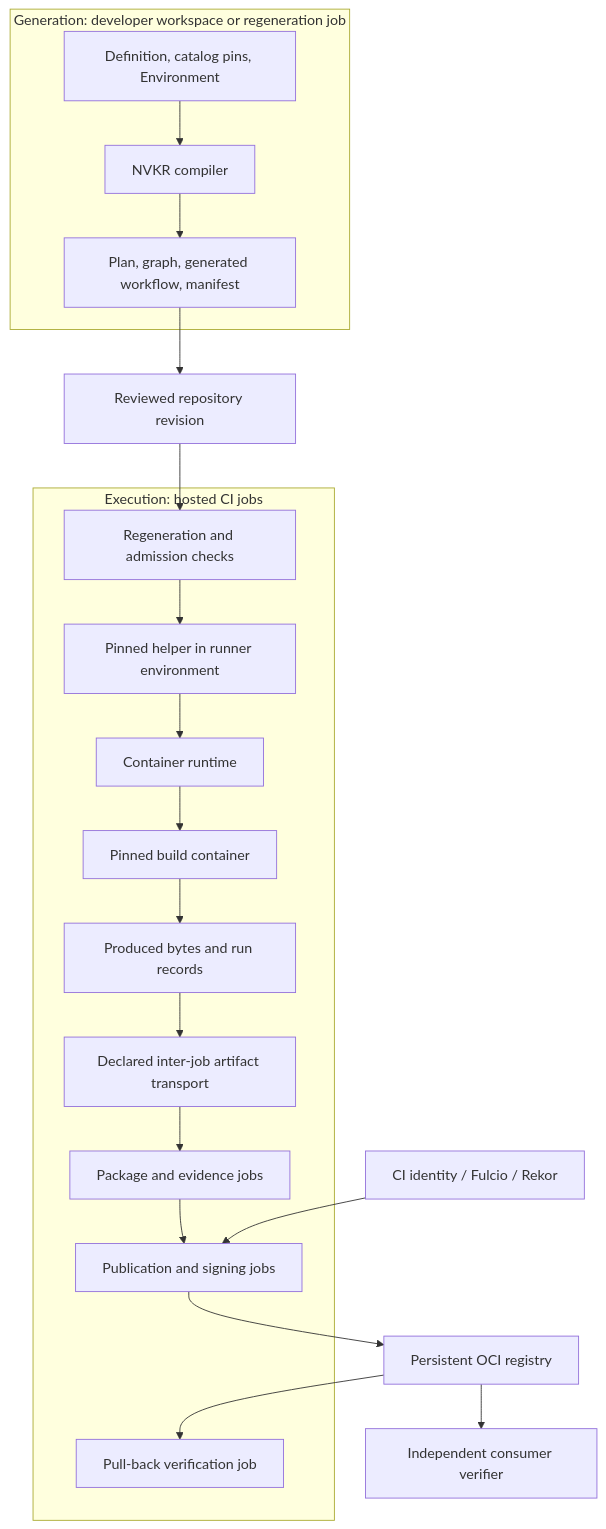
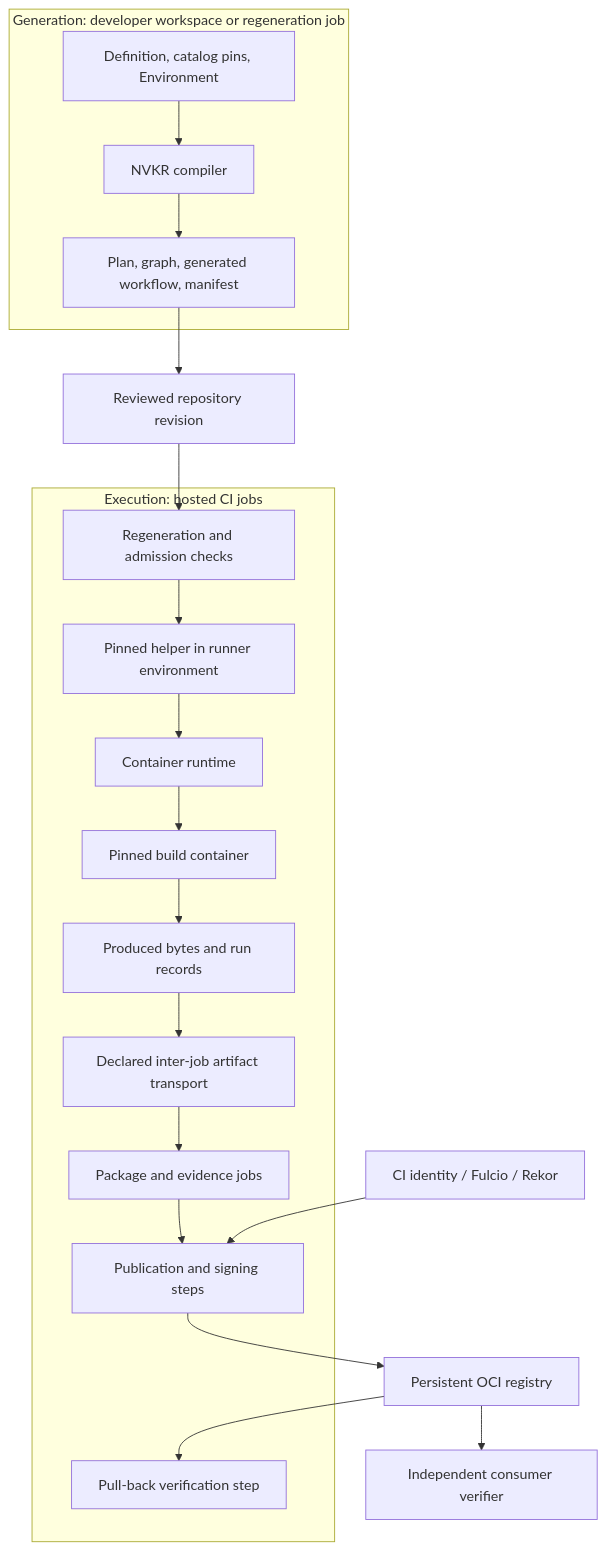
One commit to dsx-ai-factory/nvkr changed the second of 6 diagrams in docs/sadd.md. Above: the diagram before and after it, drawn with Mermaid. The commit also changed other lines of this file and 222 other files, not shown here.

````diff
--- a/docs/sadd.md
+++ b/docs/sadd.md
@@ -232,23 +232,23 @@
 ```mermaid
 flowchart TB
   subgraph Generation["Generation: developer workspace or regeneration job"]
     Inputs["Definition, catalog pins, Environment"] --> Compiler["NVKR compiler"]
     Compiler --> Bundle["Plan, graph, generated workflow, manifest"]
   end
   Bundle --> Repository["Reviewed repository revision"]
   Repository --> Gate["Regeneration and admission checks"]
   subgraph Execution["Execution: hosted CI jobs"]
     Gate --> Helper["Pinned helper in runner environment"]
     Helper --> Runtime["Container runtime"]
     Runtime --> Build["Pinned build container"]
     Build --> Workspace["Produced bytes and run records"]
     Workspace --> Transport["Declared inter-job artifact transport"]
     Transport --> Package["Package and evidence jobs"]
-    Package --> Publish["Publication and signing jobs"]
-    PullBack["Pull-back verification job"]
+    Package --> Publish["Publication and signing steps"]
+    PullBack["Pull-back verification step"]
   end
   Publish --> OCI["Persistent OCI registry"]
   Identity["CI identity / Fulcio / Rekor"] --> Publish
   OCI --> PullBack
   OCI --> Consumer["Independent consumer verifier"]
 ```
````
